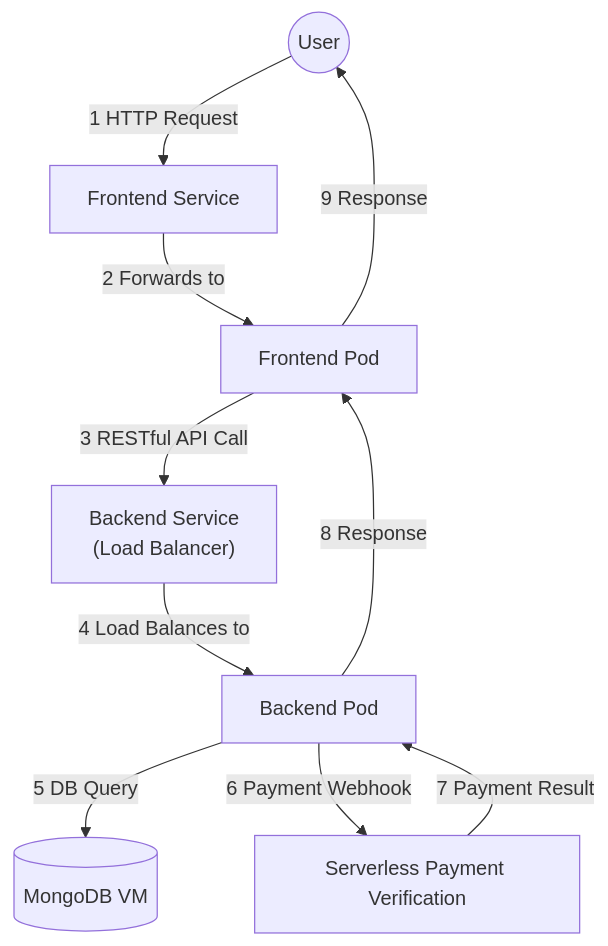
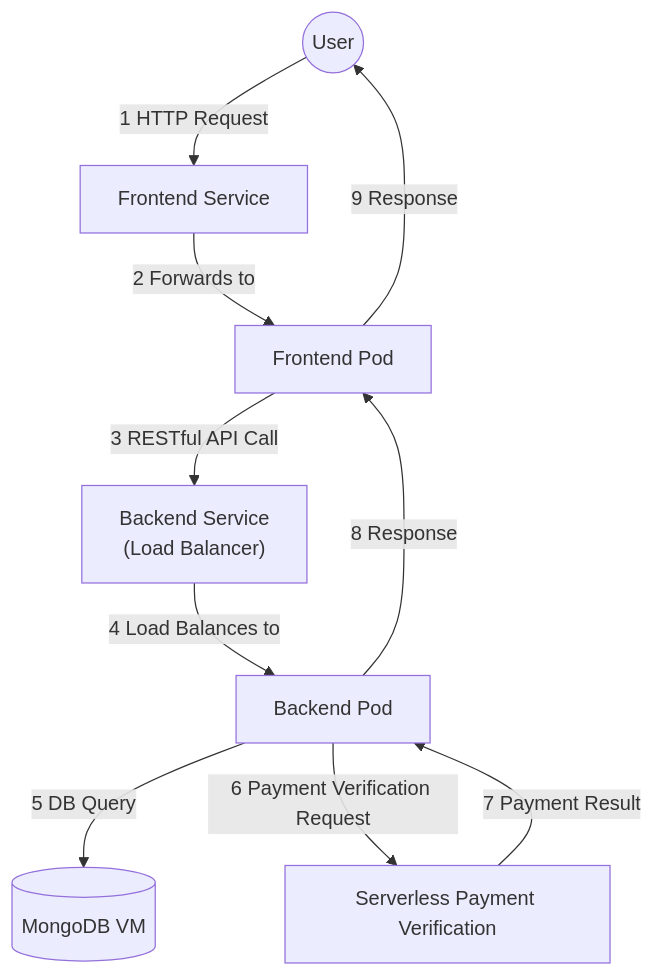
The second of 2 diagrams in architecture.md (idilkara/cs436-project), drawn with Mermaid before and after one commit.

Commit message:
diagram fix

````diff
--- a/architecture.md
+++ b/architecture.md
@@ -91,21 +91,21 @@
 ```mermaid
 flowchart TD
     User((User))
     FrontendService["Frontend Service"]
     FE["Frontend Pod"]
     BackendService["Backend Service 
         (Load Balancer)"]
     BE["Backend Pod"]
     MongoDB[("MongoDB VM")]
     Payment["Serverless Payment Verification"]
 
     User -- 1 HTTP Request --> FrontendService
     FrontendService -- 2 Forwards to --> FE
     FE -- 3 RESTful API Call --> BackendService
     BackendService -- 4 Load Balances to --> BE
     BE -- 5 DB Query --> MongoDB
-    BE -- 6 Payment Webhook --> Payment
+    BE -- 6 Payment Verification Request --> Payment
     Payment -- 7 Payment Result --> BE
     BE -- 8 Response --> FE
     FE -- 9 Response --> User
 ```
````
